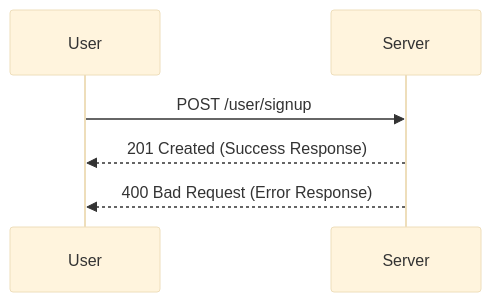
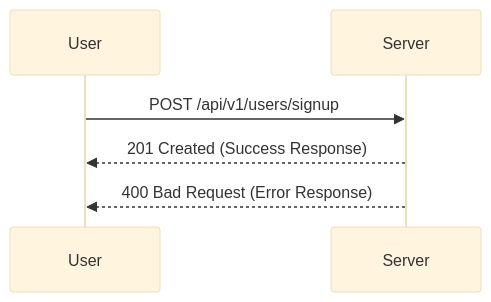
One commit to Kaarti22/photoflow changed the first of 9 diagrams in backend/README.md. Above: the diagram before and after it, drawn with Mermaid (base theme). The commit also changed other lines of this file, not shown here.

````diff
--- a/backend/README.md
+++ b/backend/README.md
@@ -62,6 +62,6 @@
 ```mermaid
 sequenceDiagram
-    User->>Server: POST /user/signup
+    User->>Server: POST /api/v1/users/signup
     Server-->>User: 201 Created (Success Response)
     Server-->>User: 400 Bad Request (Error Response)
 ```
````
